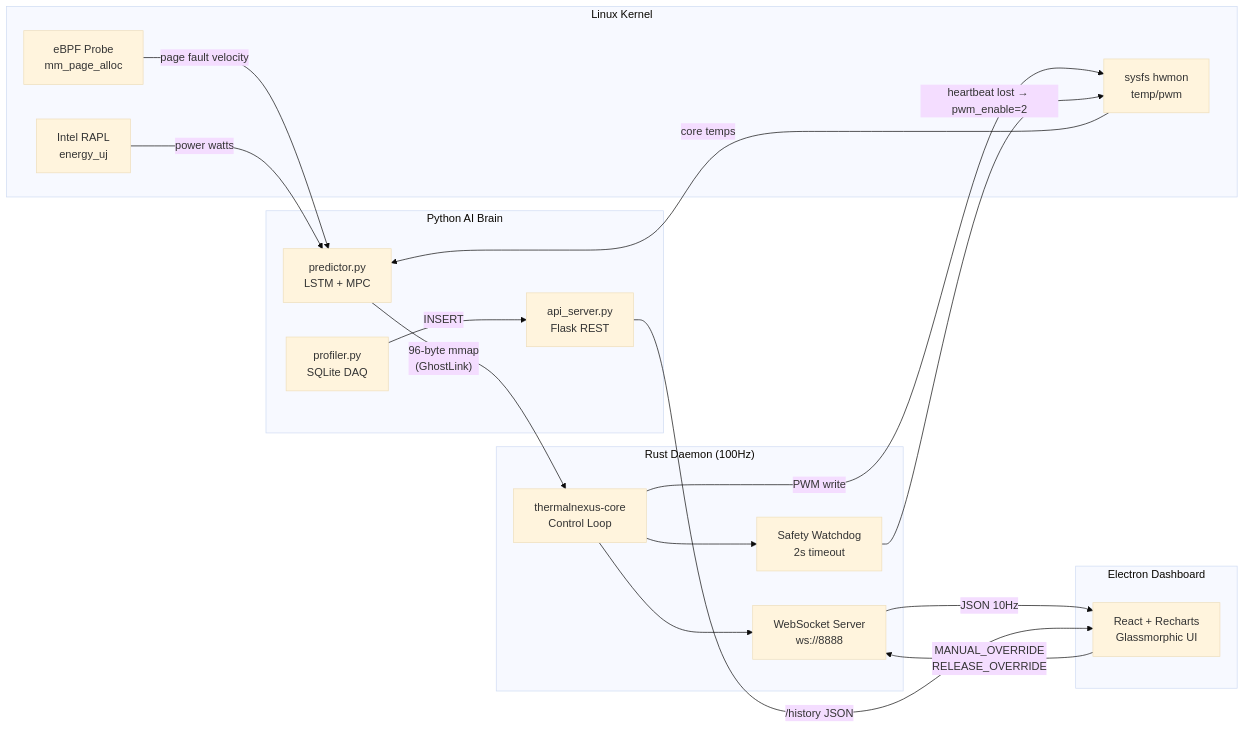
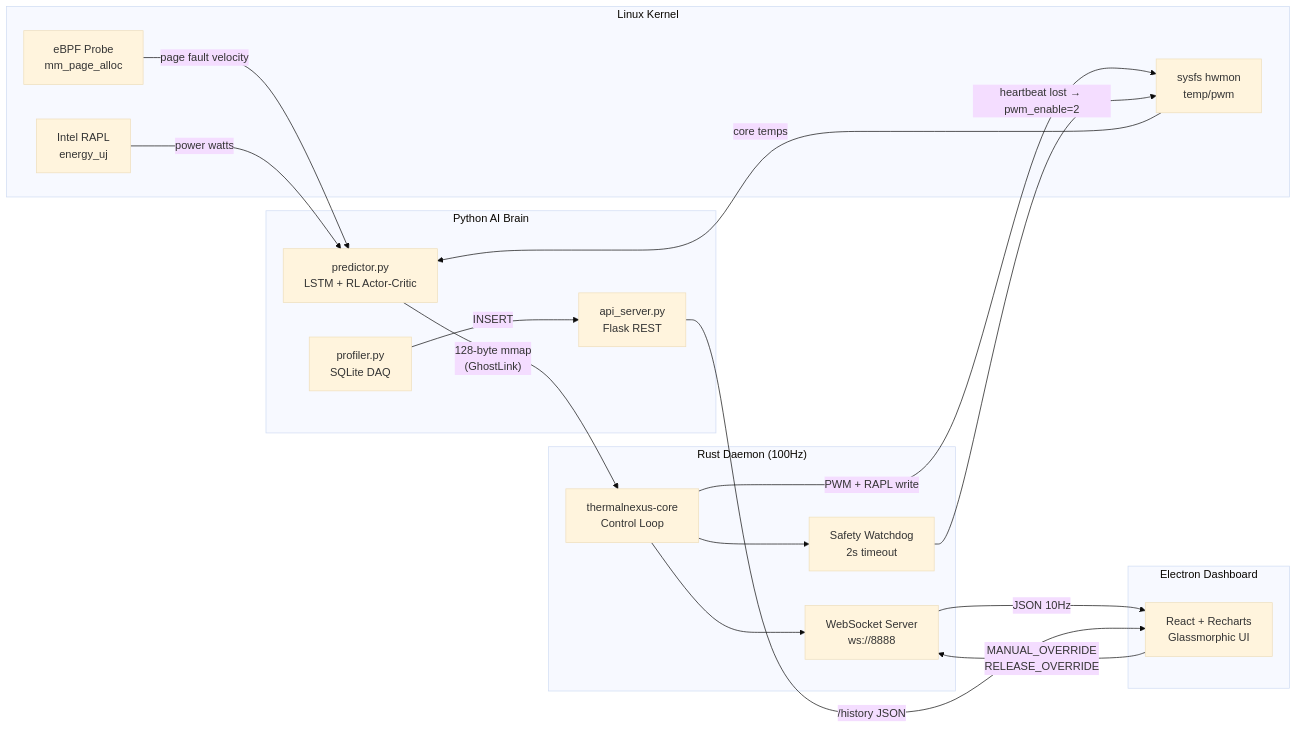
The first of 3 diagrams in README.md (Skc2004/ThermNexus), drawn with Mermaid (base theme) before and after one commit. The commit also changed other lines of this file and 25 other files, not shown here.

````diff
--- a/README.md
+++ b/README.md
@@ -54,37 +54,37 @@
 ```mermaid
 graph LR
     subgraph Kernel["Linux Kernel"]
         eBPF["eBPF Probe<br/>mm_page_alloc"]
         RAPL["Intel RAPL<br/>energy_uj"]
         HWMON["sysfs hwmon<br/>temp/pwm"]
     end
 
     subgraph Python["Python AI Brain"]
-        Predictor["predictor.py<br/>LSTM + MPC"]
+        Predictor["predictor.py<br/>LSTM + RL Actor-Critic"]
         Profiler["profiler.py<br/>SQLite DAQ"]
         API["api_server.py<br/>Flask REST"]
     end
 
     subgraph Rust["Rust Daemon (100Hz)"]
         Core["thermalnexus-core<br/>Control Loop"]
         WS["WebSocket Server<br/>ws://8888"]
         Watchdog["Safety Watchdog<br/>2s timeout"]
     end
 
     subgraph UI["Electron Dashboard"]
         React["React + Recharts<br/>Glassmorphic UI"]
     end
 
     eBPF -->|page fault velocity| Predictor
     RAPL -->|power watts| Predictor
     HWMON -->|core temps| Predictor
-    Predictor -->|"96-byte mmap<br/>(GhostLink)"| Core
-    Core -->|PWM write| HWMON
+    Predictor -->|"128-byte mmap<br/>(GhostLink)"| Core
+    Core -->|PWM + RAPL write| HWMON
     Core --> WS
     WS -->|JSON 10Hz| React
     React -->|"MANUAL_OVERRIDE<br/>RELEASE_OVERRIDE"| WS
     Profiler -->|INSERT| API
     API -->|"/history JSON"| React
     Core --> Watchdog
     Watchdog -->|"heartbeat lost → pwm_enable=2"| HWMON
 ```
````
